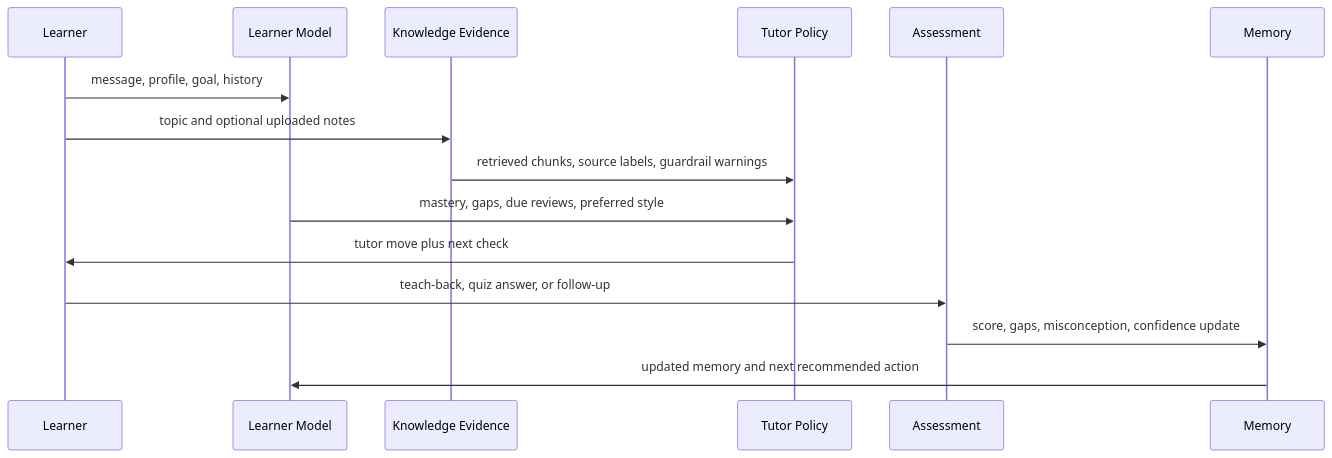
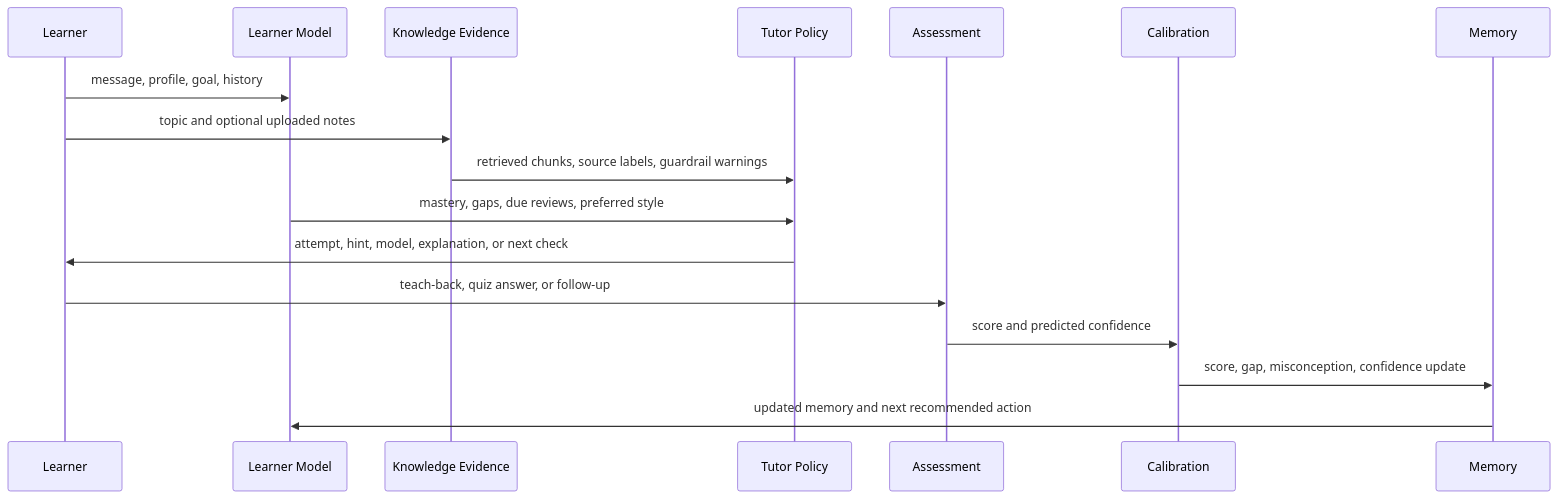
Before and after one commit to Vikaash-dev/neuro-tutoe: the third of 4 diagrams in docs/tutor-system-architecture.md, drawn with Mermaid. The commit also changed other lines of this file, not shown here.

Commit message:
Refine tutor system active-learning architecture

````diff
--- a/docs/tutor-system-architecture.md
+++ b/docs/tutor-system-architecture.md
@@ -185,18 +256,20 @@
 ```mermaid
 sequenceDiagram
   participant L as Learner
   participant M as Learner Model
   participant K as Knowledge Evidence
   participant P as Tutor Policy
   participant A as Assessment
+  participant C as Calibration
   participant R as Memory
 
   L->>M: message, profile, goal, history
   L->>K: topic and optional uploaded notes
   K->>P: retrieved chunks, source labels, guardrail warnings
   M->>P: mastery, gaps, due reviews, preferred style
-  P->>L: tutor move plus next check
+  P->>L: attempt, hint, model, explanation, or next check
   L->>A: teach-back, quiz answer, or follow-up
-  A->>R: score, gaps, misconception, confidence update
+  A->>C: score and predicted confidence
+  C->>R: score, gap, misconception, confidence update
   R->>M: updated memory and next recommended action
 ```
````
